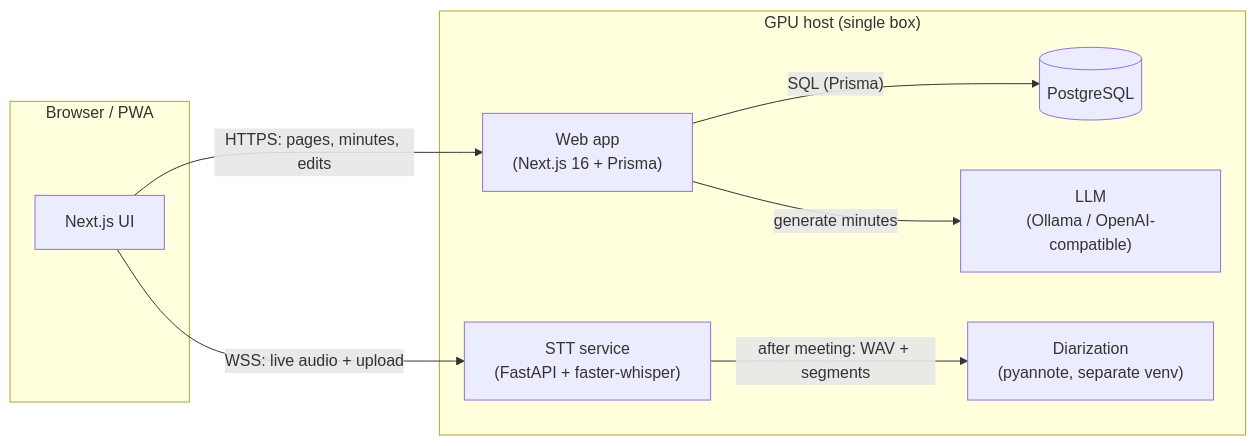
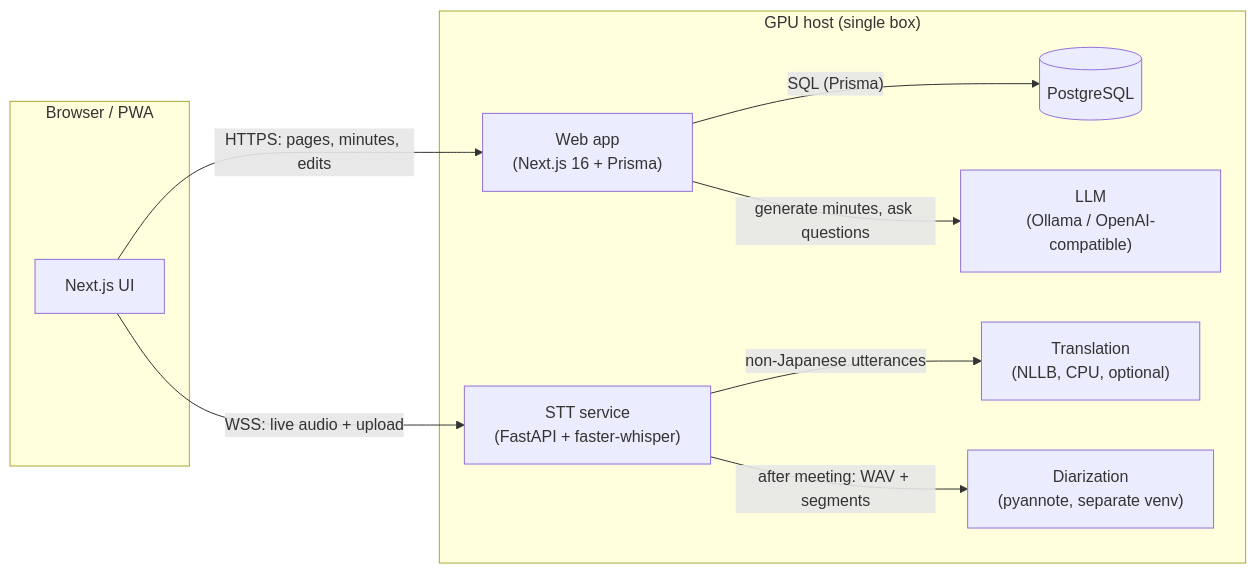
Before and after one commit to ikasast/voxinq-meeting: the diagram in docs/architecture.md, drawn with Mermaid. The commit also changed other lines of this file and 3 other files, not shown here.

First line of the commit message:
Catch the docs up with the recording flow, translation, ask and voice-profile changes

````diff
--- a/docs/architecture.md
+++ b/docs/architecture.md
@@ -3,19 +3,21 @@
 ```mermaid
 flowchart LR
   subgraph Browser["Browser / PWA"]
     UI["Next.js UI"]
   end
   subgraph Host["GPU host (single box)"]
     Web["Web app<br/>(Next.js 16 + Prisma)"]
     DB[("PostgreSQL")]
     STT["STT service<br/>(FastAPI + faster-whisper)"]
+    TR["Translation<br/>(NLLB, CPU, optional)"]
     DIA["Diarization<br/>(pyannote, separate venv)"]
     LLM["LLM<br/>(Ollama / OpenAI-compatible)"]
   end
 
   UI -- "HTTPS: pages, minutes, edits" --> Web
   UI -- "WSS: live audio + upload" --> STT
   Web -- "SQL (Prisma)" --> DB
-  Web -- "generate minutes" --> LLM
+  Web -- "generate minutes, ask questions" --> LLM
+  STT -- "non-Japanese utterances" --> TR
   STT -- "after meeting: WAV + segments" --> DIA
 ```
````
